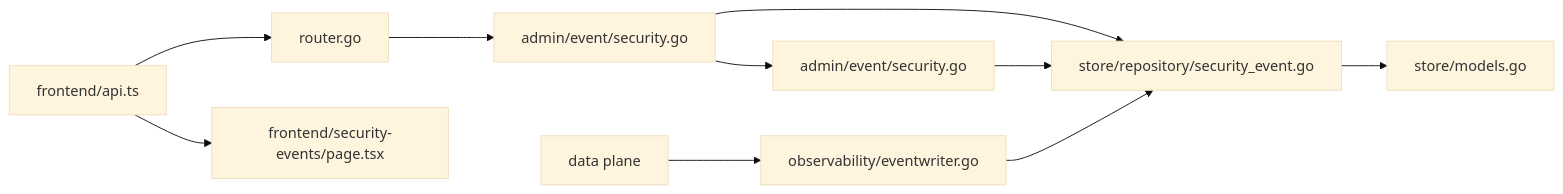
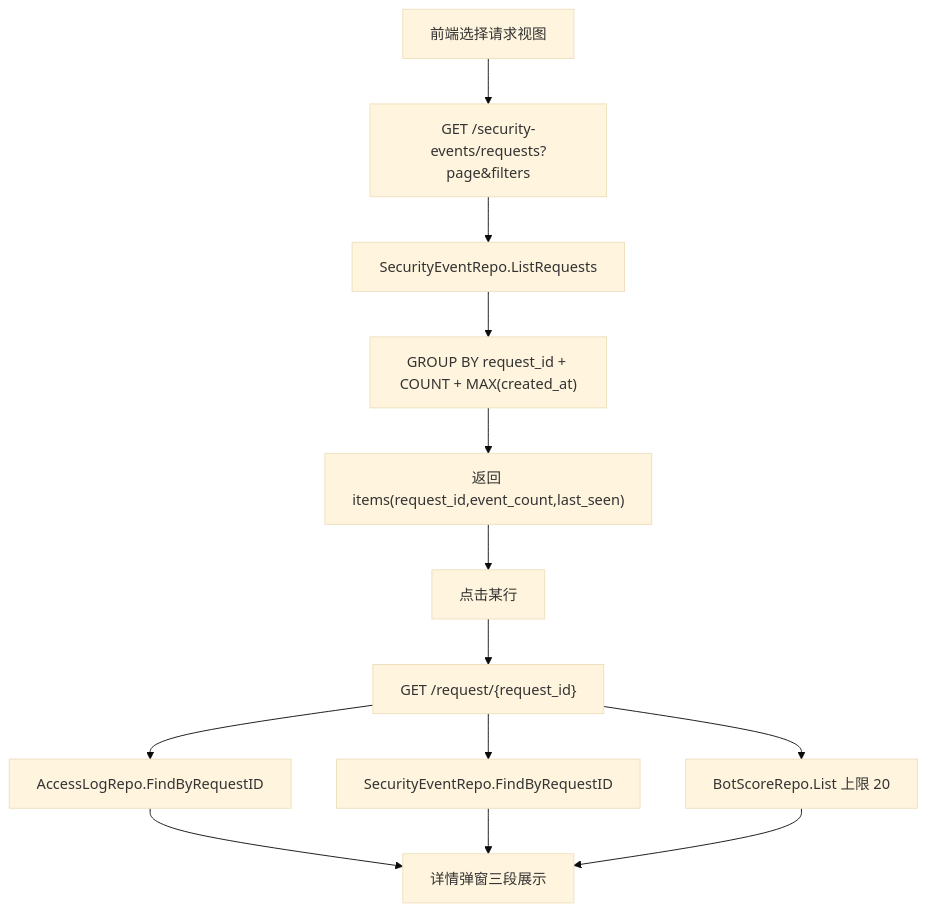
The fifth of 6 diagrams in docs/管理 API 系统/安全事件 API.md (x01n/My-OpenWaf), drawn with Mermaid (base theme) before and after one commit. The commit also changed other lines of this file and 622 other files, not shown here.

````diff
--- a/docs/管理 API 系统/安全事件 API.md
+++ b/docs/管理 API 系统/安全事件 API.md
@@ -333,12 +469,15 @@
 ```mermaid
-graph LR
-Router["router.go"] --> Handler["admin/event/security.go"]
-Handler --> Repo["store/repository/security_event.go"]
-Repo --> Model["store/models.go"]
-Handler --> Stats["admin/event/security.go"]
-Stats --> Repo
-FE["frontend/api.ts"] --> Router
-FE --> Page["frontend/security-events/page.tsx"]
-DP["data plane"] --> EW["observability/eventwriter.go"]
-EW --> Repo
+flowchart TD
+A["前端选择请求视图"] --> B["GET /security-events/requests?page&filters"]
+B --> C["SecurityEventRepo.ListRequests"]
+C --> D["GROUP BY request_id + COUNT + MAX(created_at)"]
+D --> E["返回 items(request_id,event_count,last_seen)"]
+E --> F["点击某行"]
+F --> G["GET /request/{request_id}"]
+G --> H["AccessLogRepo.FindByRequestID"]
+G --> I["SecurityEventRepo.FindByRequestID"]
+G --> J["BotScoreRepo.List 上限 20"]
+H --> K["详情弹窗三段展示"]
+I --> K
+J --> K
 ```
````
